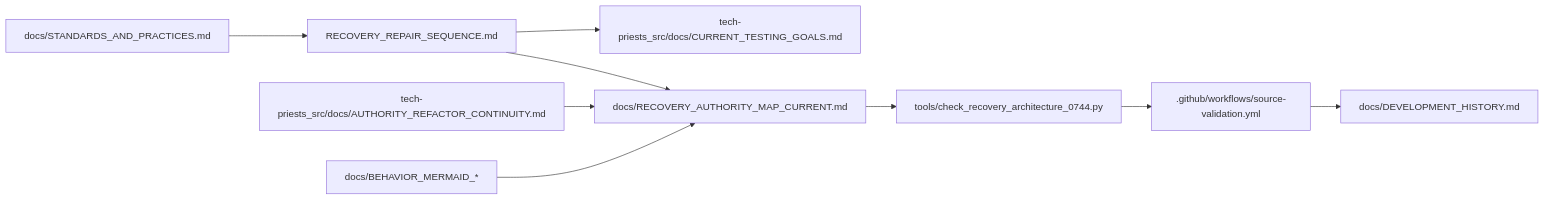
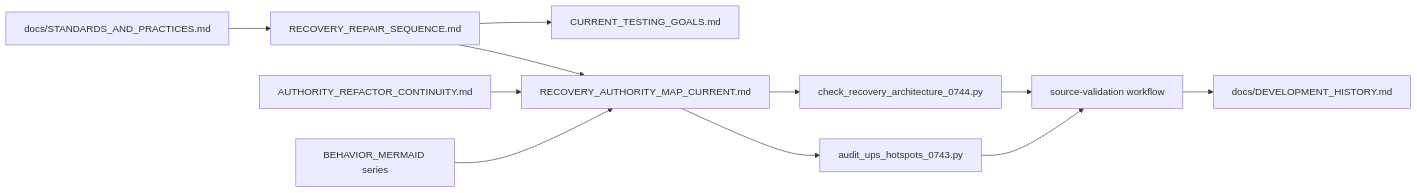
Diagram 14 of 14 in docs/RECOVERY_AUTHORITY_MAP_CURRENT.md (mrcalzon02/Tech-Priests), drawn with Mermaid before and after one commit. The commit also changed other lines of this file, not shown here.

Commit message:
Map recovered runtime spine and evidence boundary

````diff
--- a/docs/RECOVERY_AUTHORITY_MAP_CURRENT.md
+++ b/docs/RECOVERY_AUTHORITY_MAP_CURRENT.md
@@ -242,18 +366,21 @@
 ```mermaid
 flowchart LR
     Recovery[RECOVERY_REPAIR_SEQUENCE.md]
     Standards[docs/STANDARDS_AND_PRACTICES.md]
     History[docs/DEVELOPMENT_HISTORY.md]
-    Testing[tech-priests_src/docs/CURRENT_TESTING_GOALS.md]
-    Continuity[tech-priests_src/docs/AUTHORITY_REFACTOR_CONTINUITY.md]
-    OldMaps[docs/BEHAVIOR_MERMAID_*]
-    CurrentMap[docs/RECOVERY_AUTHORITY_MAP_CURRENT.md]
-    Checker[tools/check_recovery_architecture_0744.py]
-    CI[.github/workflows/source-validation.yml]
+    Testing[CURRENT_TESTING_GOALS.md]
+    Continuity[AUTHORITY_REFACTOR_CONTINUITY.md]
+    OldMaps[BEHAVIOR_MERMAID series]
+    CurrentMap[RECOVERY_AUTHORITY_MAP_CURRENT.md]
+    Checker[check_recovery_architecture_0744.py]
+    UPS[audit_ups_hotspots_0743.py]
+    CI[source-validation workflow]
 
     Standards --> Recovery --> CurrentMap
     Recovery --> Testing
     Continuity --> CurrentMap
     OldMaps --> CurrentMap
-    CurrentMap --> Checker --> CI --> History
+    CurrentMap --> Checker --> CI
+    CurrentMap --> UPS --> CI
+    CI --> History
 ```
````
